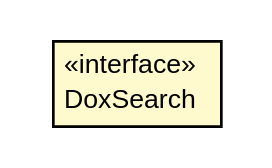
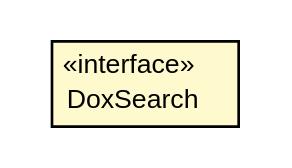
The diagram in doxdb-core/apidocs/net/trajano/doxdb/ext/DoxSearch.dot (trajano/doxdb), drawn with Graphviz before and after one commit. The commit also changed 227 other files, not shown here.

```diff
--- a/doxdb-core/apidocs/net/trajano/doxdb/ext/DoxSearch.dot
+++ b/doxdb-core/apidocs/net/trajano/doxdb/ext/DoxSearch.dot
@@ -1,19 +1,19 @@
 #!/usr/local/bin/dot
 #
 # Class diagram 
 # Generated by UMLGraph version R5_6-24-gf6e263 (http://www.umlgraph.org/)
 #
 
 digraph G {
-	edge [fontname="arial",fontsize=10,labelfontname="arial",labelfontsize=10];
-	node [fontname="arial",fontsize=10,shape=plaintext];
+	edge [fontname="Helvetica",fontsize=10,labelfontname="Helvetica",labelfontsize=10];
+	node [fontname="Helvetica",fontsize=10,shape=plaintext];
 	nodesep=0.25;
 	ranksep=0.5;
 	// net.trajano.doxdb.ext.DoxSearch
-	c330 [label=<<table title="net.trajano.doxdb.ext.DoxSearch" border="0" cellborder="1" cellspacing="0" cellpadding="2" port="p" bgcolor="lemonChiffon" href="./DoxSearch.html">
+	c331 [label=<<table title="net.trajano.doxdb.ext.DoxSearch" border="0" cellborder="1" cellspacing="0" cellpadding="2" port="p" bgcolor="lemonChiffon" href="./DoxSearch.html">
 		<tr><td><table border="0" cellspacing="0" cellpadding="1">
 <tr><td align="center" balign="center"> &#171;interface&#187; </td></tr>
 <tr><td align="center" balign="center"> DoxSearch </td></tr>
 		</table></td></tr>
-		</table>>, URL="./DoxSearch.html", fontname="arial", fontcolor="black", fontsize=10.0];
+		</table>>, URL="./DoxSearch.html", fontname="Helvetica", fontcolor="black", fontsize=10.0];
 }
```
